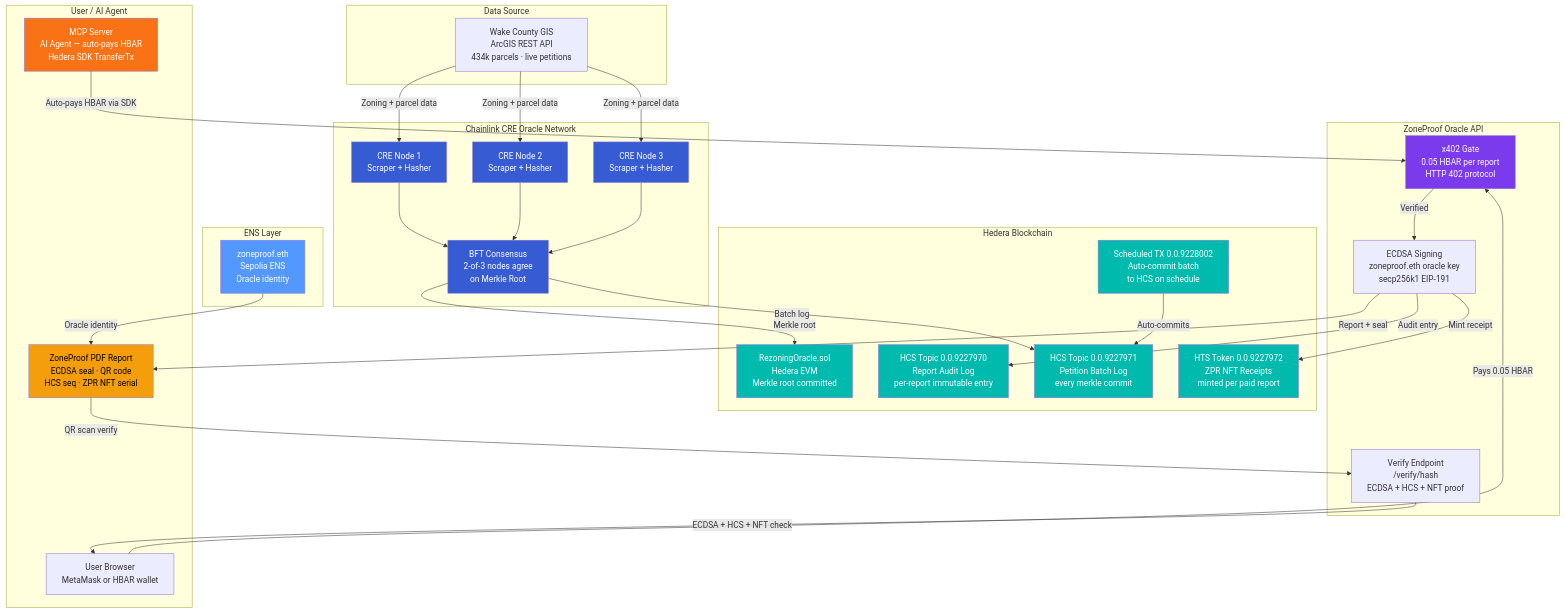
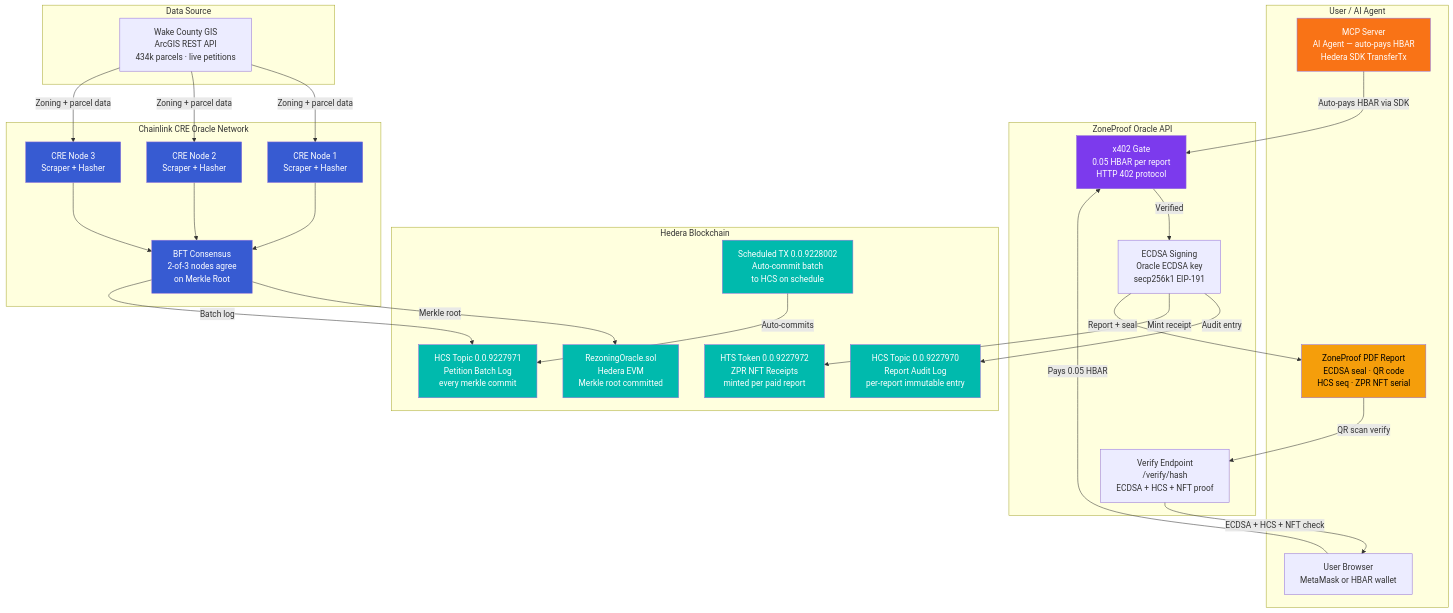
The diagram in README.md (ruchira12a-art/zoneproof), drawn with Mermaid before and after one commit. The commit also changed other lines of this file and 15 other files, not shown here.

````diff
--- a/README.md
+++ b/README.md
@@ -56,66 +55,60 @@
 ```mermaid
 graph TB
     subgraph "Data Source"
         WC[Wake County GIS<br/>ArcGIS REST API<br/>434k parcels · live petitions]
     end
 
     subgraph "Chainlink CRE Oracle Network"
         N1[CRE Node 1<br/>Scraper + Hasher]
         N2[CRE Node 2<br/>Scraper + Hasher]
         N3[CRE Node 3<br/>Scraper + Hasher]
         CONS[BFT Consensus<br/>2-of-3 nodes agree<br/>on Merkle Root]
     end
 
     subgraph "Hedera Blockchain"
         EVM[RezoningOracle.sol<br/>Hedera EVM<br/>Merkle root committed]
         HCS1[HCS Topic 0.0.9227970<br/>Report Audit Log<br/>per-report immutable entry]
         HCS2[HCS Topic 0.0.9227971<br/>Petition Batch Log<br/>every merkle commit]
         HTS[HTS Token 0.0.9227972<br/>ZPR NFT Receipts<br/>minted per paid report]
         SCHED[Scheduled TX 0.0.9228002<br/>Auto-commit batch<br/>to HCS on schedule]
     end
 
     subgraph "ZoneProof Oracle API"
         X402[x402 Gate<br/>0.05 HBAR per report<br/>HTTP 402 protocol]
-        SIGN[ECDSA Signing<br/>zoneproof.eth oracle key<br/>secp256k1 EIP-191]
+        SIGN[ECDSA Signing<br/>Oracle ECDSA key<br/>secp256k1 EIP-191]
         VERIFY[Verify Endpoint<br/>/verify/hash<br/>ECDSA + HCS + NFT proof]
-    end
-
-    subgraph "ENS Layer"
-        ENS[zoneproof.eth<br/>Sepolia ENS<br/>Oracle identity]
     end
 
     subgraph "User / AI Agent"
         U[User Browser<br/>MetaMask or HBAR wallet]
         MCP[MCP Server<br/>AI Agent — auto-pays HBAR<br/>Hedera SDK TransferTx]
         PDF[ZoneProof PDF Report<br/>ECDSA seal · QR code<br/>HCS seq · ZPR NFT serial]
     end
 
     WC -->|Zoning + parcel data| N1 & N2 & N3
     N1 & N2 & N3 --> CONS
     CONS -->|Merkle root| EVM
     CONS -->|Batch log| HCS2
     SCHED -->|Auto-commits| HCS2
     U -->|Pays 0.05 HBAR| X402
     MCP -->|Auto-pays HBAR via SDK| X402
     X402 -->|Verified| SIGN
     SIGN -->|Audit entry| HCS1
     SIGN -->|Mint receipt| HTS
     SIGN -->|Report + seal| PDF
-    ENS -->|Oracle identity| PDF
     PDF -->|QR scan verify| VERIFY
     VERIFY -->|ECDSA + HCS + NFT check| U
 
     style EVM fill:#00BAAD,color:#fff
     style HCS1 fill:#00BAAD,color:#fff
     style HCS2 fill:#00BAAD,color:#fff
     style HTS fill:#00BAAD,color:#fff
     style SCHED fill:#00BAAD,color:#fff
     style CONS fill:#375BD2,color:#fff
     style N1 fill:#375BD2,color:#fff
     style N2 fill:#375BD2,color:#fff
     style N3 fill:#375BD2,color:#fff
-    style ENS fill:#5298FF,color:#fff
     style X402 fill:#7c3aed,color:#fff
     style MCP fill:#f97316,color:#fff
     style PDF fill:#f59e0b,color:#000
 ```
````
